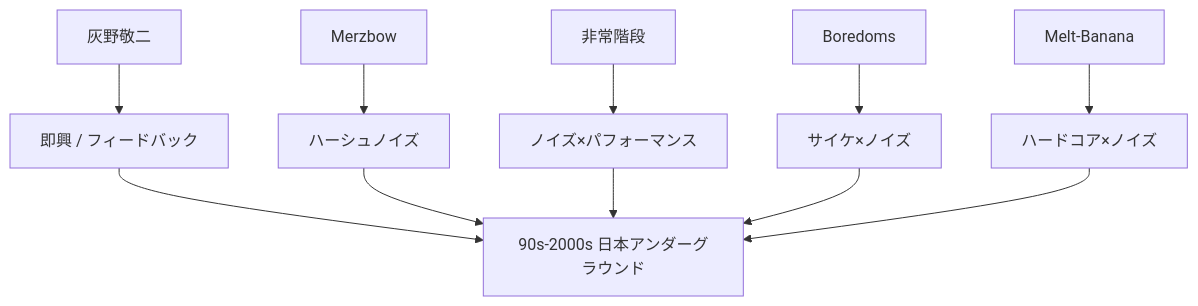
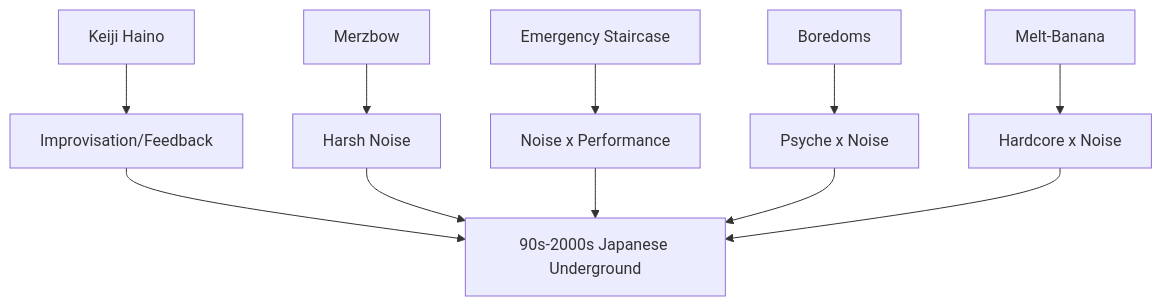
Before and after one commit to monumental-movement/monumental-movement.github.io: the diagram in en/_posts/2025-09-24-Column-Japanese-Underground-Rock-Noise.md, drawn with Mermaid. The commit also changed other lines of this file and 1719 other files, not shown here.

```diff
--- a/en/_posts/2025-09-24-Column-Japanese-Underground-Rock-Noise.md
+++ b/en/_posts/2025-09-24-Column-Japanese-Underground-Rock-Noise.md
@@ -140,13 +144,13 @@
 <div class="mermaid">
 flowchart TD
-    A["灰野敬二"] --> B["即興 / フィードバック"]
-    C["Merzbow"] --> D["ハーシュノイズ"]
-    E["非常階段"] --> F["ノイズ×パフォーマンス"]
-    G["Boredoms"] --> H["サイケ×ノイズ"]
-    I["Melt-Banana"] --> J["ハードコア×ノイズ"]
-    B --> Z["90s-2000s 日本アンダーグラウンド"]
-    D --> Z
-    F --> Z
-    H --> Z
-    J --> Z
+A["Keiji Haino"] --> B["Improvisation/Feedback"]
+C["Merzbow"] --> D["Harsh Noise"]
+E["Emergency Staircase"] --> F["Noise x Performance"]
+G["Boredoms"] --> H["Psyche x Noise"]
+I["Melt-Banana"] --> J["Hardcore x Noise"]
+B --> Z["90s-2000s Japanese Underground"]
+D --> Z
+F --> Z
+H --> Z
+J --> Z
 </div>
```
